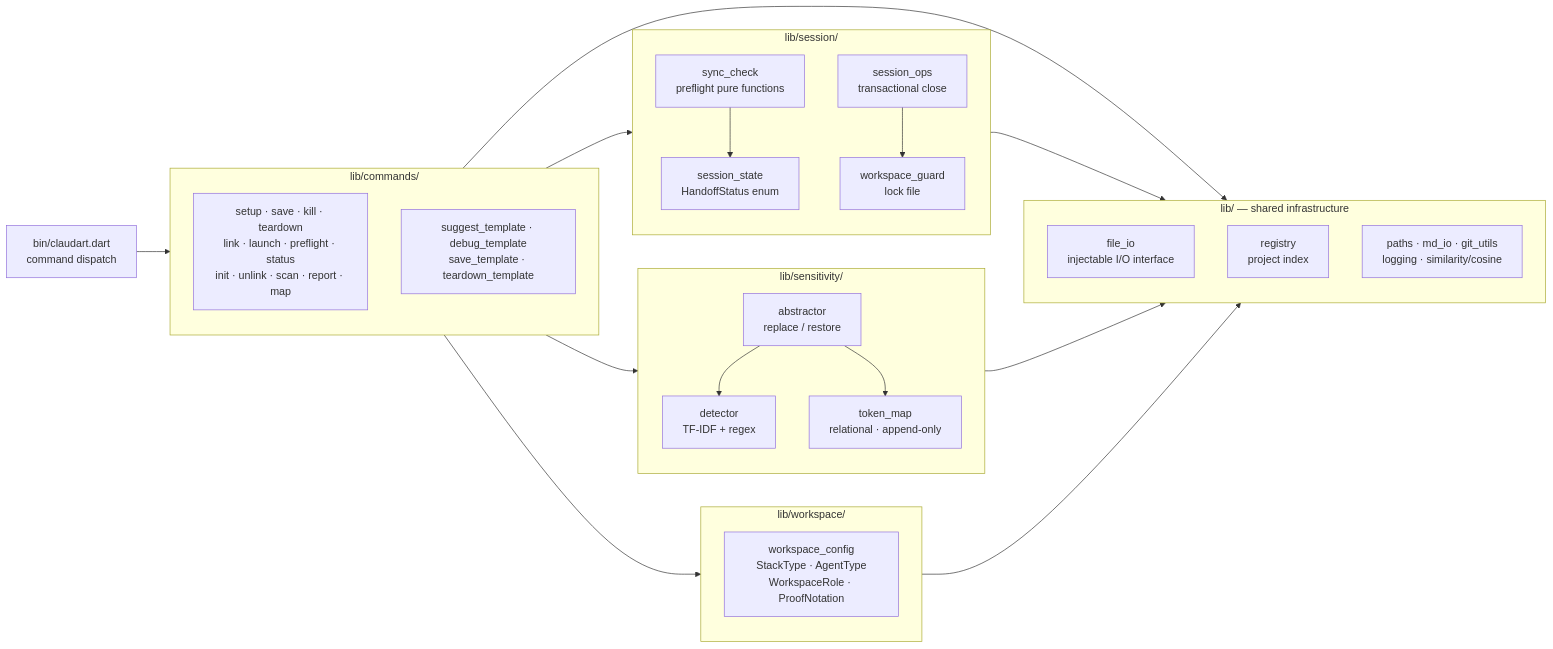
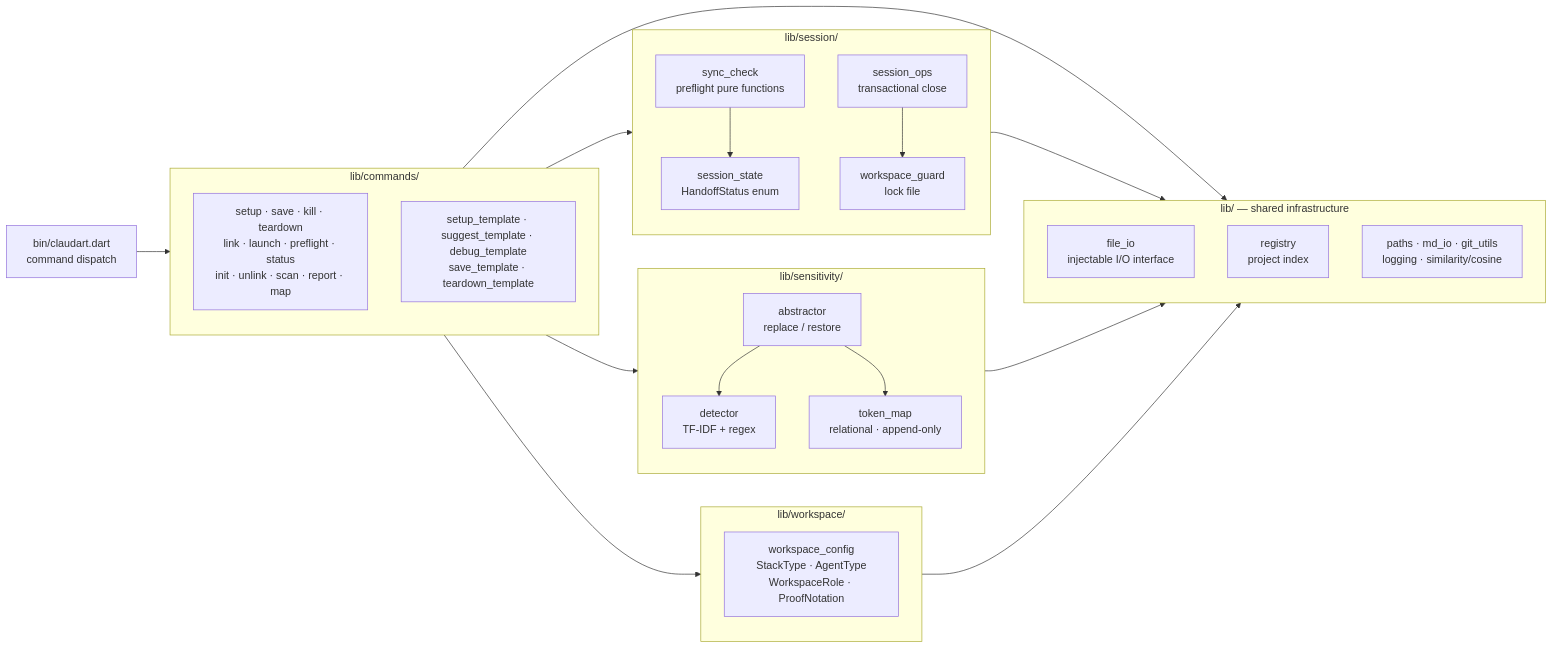
One commit to liitx/claudart_cli changed the second of 2 diagrams in README.md. Above: the diagram before and after it, drawn with Mermaid. The commit also changed other lines of this file and 1 other file, not shown here.

First line of the commit message:
docs: redesign sequence diagram to reflect two-agent architecture

````diff
--- a/README.md
+++ b/README.md
@@ -509,46 +532,46 @@
 ```mermaid
 graph LR
     bin["bin/claudart.dart\ncommand dispatch"]
 
     subgraph commands["lib/commands/"]
         direction TB
         A["setup · save · kill · teardown\nlink · launch · preflight · status\ninit · unlink · scan · report · map"]
-        B["suggest_template · debug_template\nsave_template · teardown_template"]
+        B["setup_template · suggest_template · debug_template\nsave_template · teardown_template"]
     end
 
     subgraph session["lib/session/"]
         C["session_state\nHandoffStatus enum"]
         D["session_ops\ntransactional close"]
         E["sync_check\npreflight pure functions"]
         F["workspace_guard\nlock file"]
     end
 
     subgraph sensitivity["lib/sensitivity/"]
         G["detector\nTF-IDF + regex"]
         H["token_map\nrelational · append-only"]
         I["abstractor\nreplace / restore"]
     end
 
     subgraph workspace["lib/workspace/"]
         W["workspace_config\nStackType · AgentType\nWorkspaceRole · ProofNotation"]
     end
 
     subgraph core["lib/ — shared infrastructure"]
         J["file_io\ninjectable I/O interface"]
         K["registry\nproject index"]
         L["paths · md_io · git_utils\nlogging · similarity/cosine"]
     end
 
     bin --> commands
     commands --> session
     commands --> sensitivity
     commands --> workspace
     commands --> core
     session --> core
     sensitivity --> core
     workspace --> core
     D --> F
     E --> C
     I --> G
     I --> H
 ```
````
